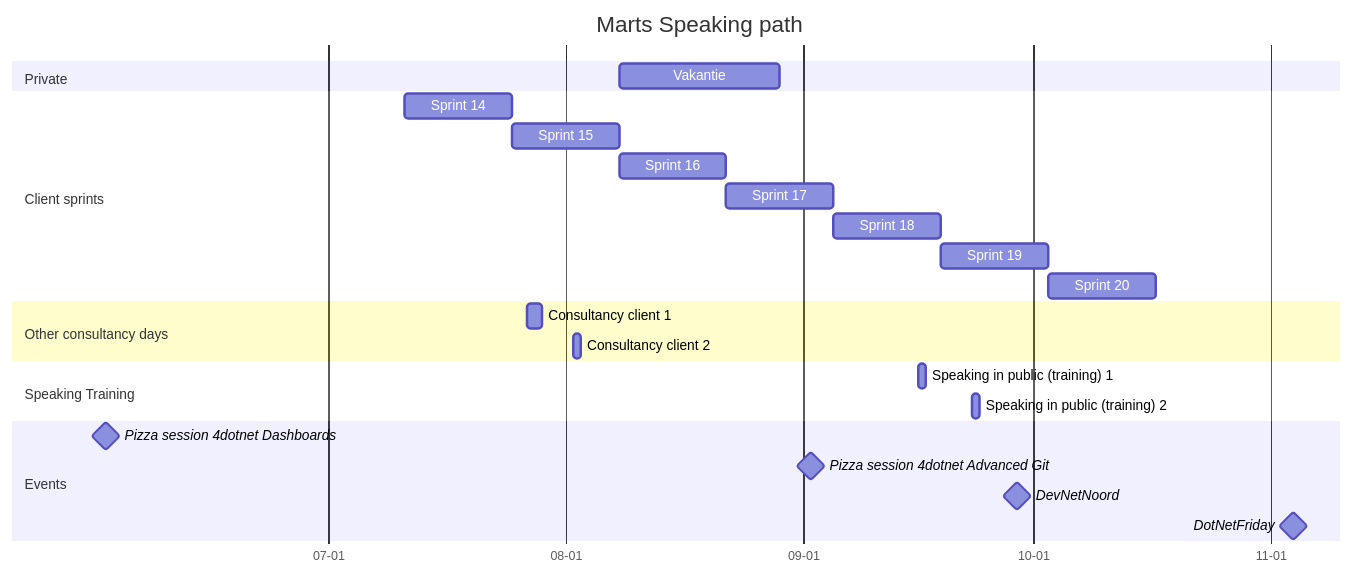
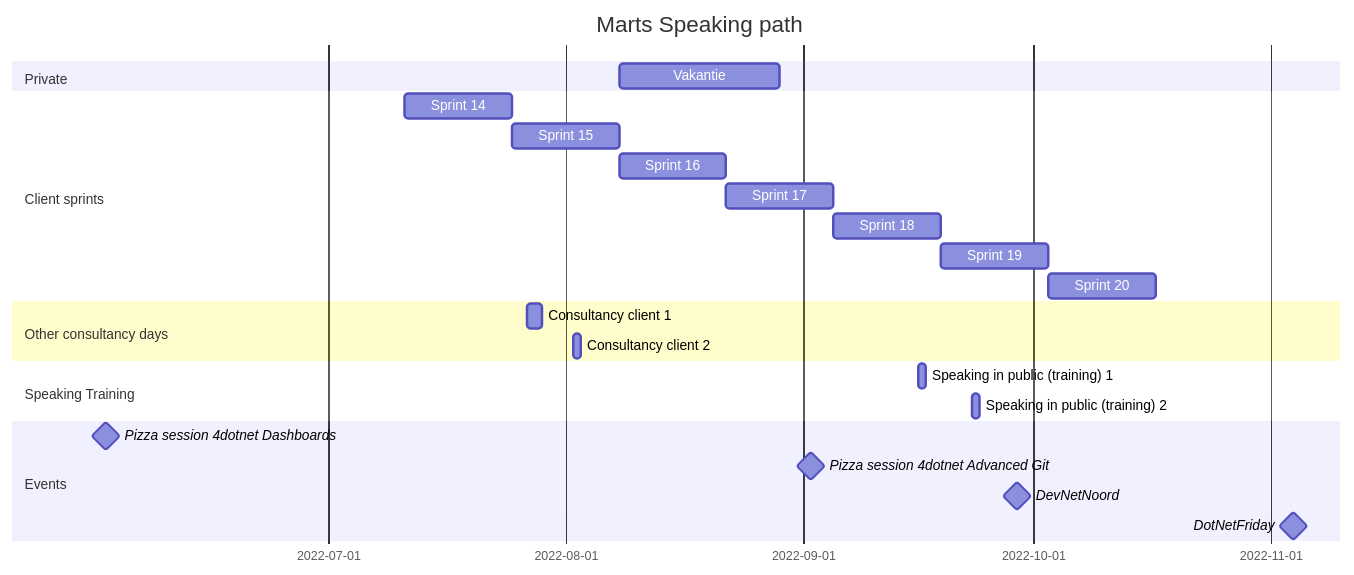
The diagram in src/blog/content/reviews/books/eat-that-frog-book-review.md (martdegraaf/martdegraaf.github.io), drawn with Mermaid before and after one commit. The commit also changed other lines of this file, not shown here.

Commit message:
remove initalisation in mermaid?

````diff
--- a/src/blog/content/reviews/books/eat-that-frog-book-review.md
+++ b/src/blog/content/reviews/books/eat-that-frog-book-review.md
@@ -82,29 +82,28 @@
 ```mermaid
-%%{init: {"theme": "corperate", "logLevel": 1, "gantt": {"axisFormat": "%m-%d"} }}%%
 gantt
     title Marts Speaking path
     dateFormat  YYYY-MM-DD
     section Private
     Vakantie :v1, 2022-08-08, 3w
     section Client sprints
     Sprint 14 :s14, 2022-07-11, 2w
     Sprint 15 :s15, after s14, 2w
     Sprint 16 :s16, after s15, 2w
     Sprint 17 :s17, after s16, 2w
     Sprint 18 :s18, after s17, 2w
     Sprint 19 :s19, after s18, 2w
     Sprint 20 :s20, after s19, 2w
     
     section Other consultancy days
     Consultancy client 1 : 2022-07-27, 2d
     Consultancy client 2 : 2022-08-02, 1d
     
     section Speaking Training
     Speaking in public (training) 1         :a1, 2022-09-16, 1d
     Speaking in public (training) 2         :a1, 2022-09-23, 1d
     section Events
     Pizza session 4dotnet Dashboards : milestone, m1, 2022-06-02, 2min
     Pizza session 4dotnet Advanced Git : milestone, m1, 2022-09-02, 2min
     DevNetNoord : milestone, m1, 2022-09-29, 2min
     DotNetFriday : milestone, m1, 2022-11-04, 2min
 ```
````
